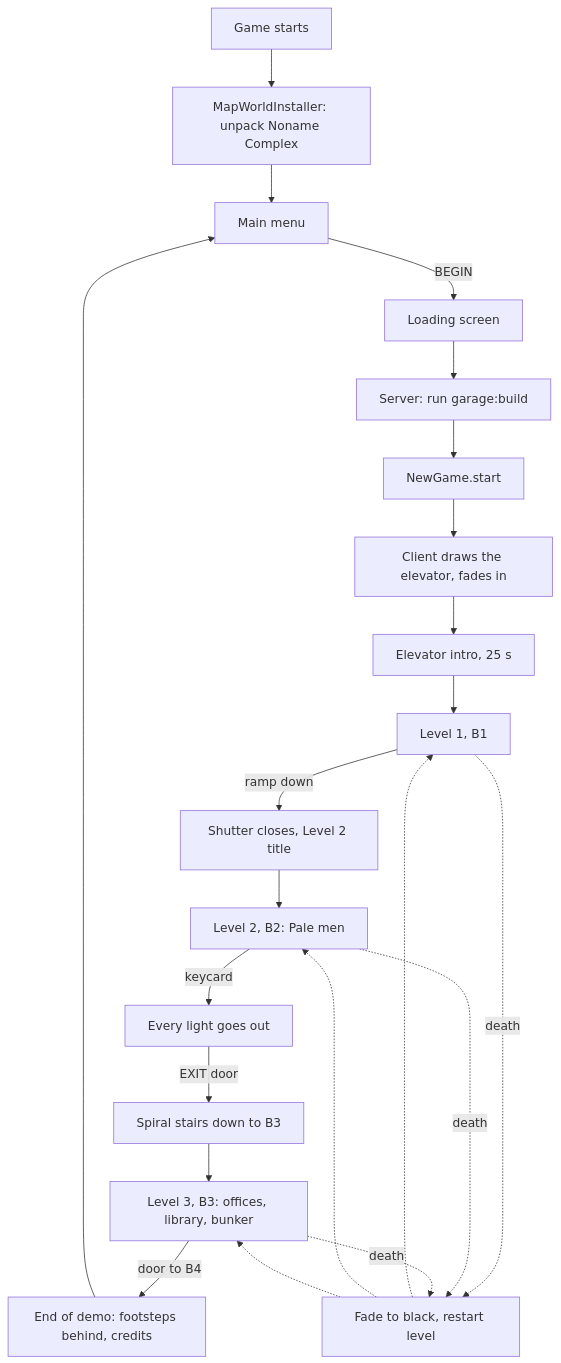
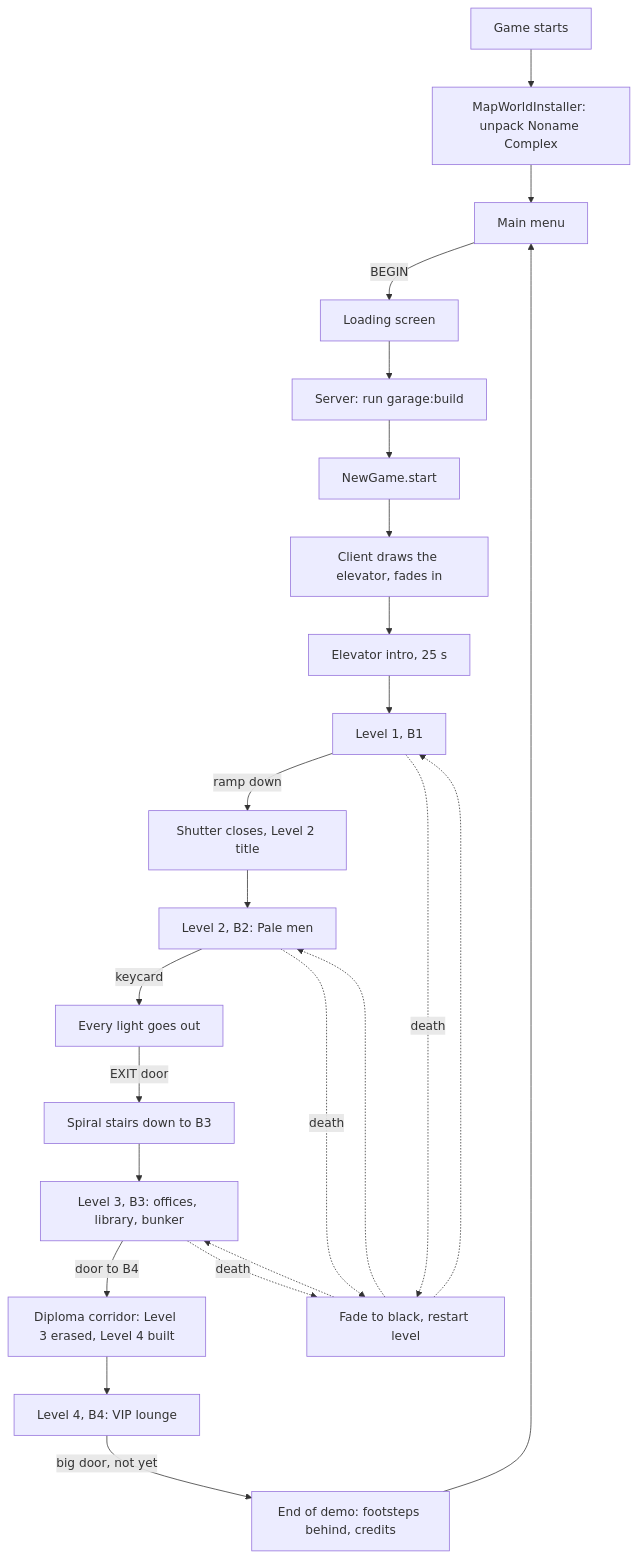
Before and after one commit to Daio7771/EveryTunnelMod: the diagram in docs/en/game-flow.md, drawn with Mermaid. The commit also changed other lines of this file and 40 other files, not shown here.

First line of the commit message:
Phase 9: Level 4's map, built in play over Level 3

````diff
--- a/docs/en/game-flow.md
+++ b/docs/en/game-flow.md
@@ -8,24 +8,26 @@
 ```mermaid
 flowchart TD
     A[Game starts] --> B[MapWorldInstaller: unpack Noname Complex]
     B --> C[Main menu]
     C -->|BEGIN| D[Loading screen]
     D --> E[Server: run garage:build]
     E --> F[NewGame.start]
     F --> G[Client draws the elevator, fades in]
     G --> H[Elevator intro, 25 s]
     H --> I[Level 1, B1]
     I -->|ramp down| J[Shutter closes, Level 2 title]
     J --> K[Level 2, B2: Pale men]
     K -->|keycard| L[Every light goes out]
     L -->|EXIT door| M[Spiral stairs down to B3]
     M --> P[Level 3, B3: offices, library, bunker]
-    P -->|door to B4| N[End of demo: footsteps behind, credits]
+    P -->|door to B4| Q[Diploma corridor: Level 3 erased, Level 4 built]
+    Q --> R[Level 4, B4: VIP lounge]
+    R -->|big door, not yet| N[End of demo: footsteps behind, credits]
     N --> C
     I -.->|death| O[Fade to black, restart level]
     K -.->|death| O
     P -.->|death| O
     O -.-> I
     O -.-> K
     O -.-> P
 ```
````
